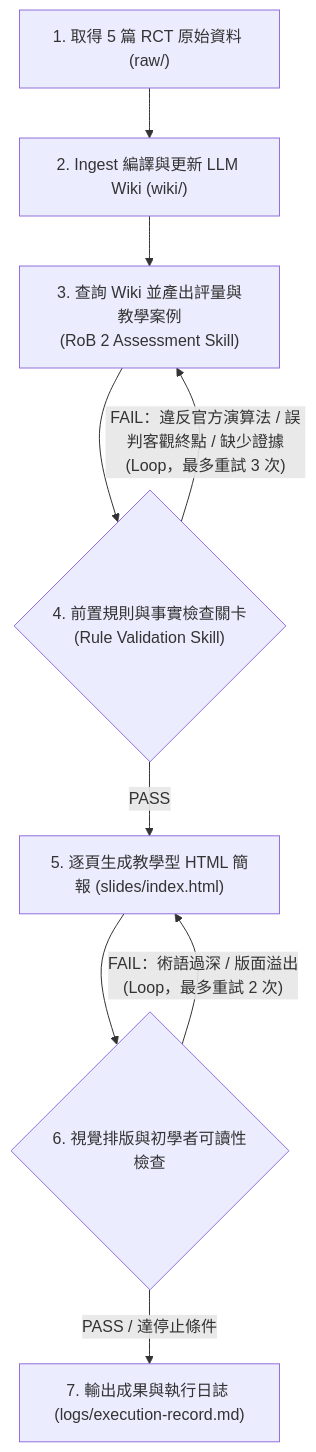
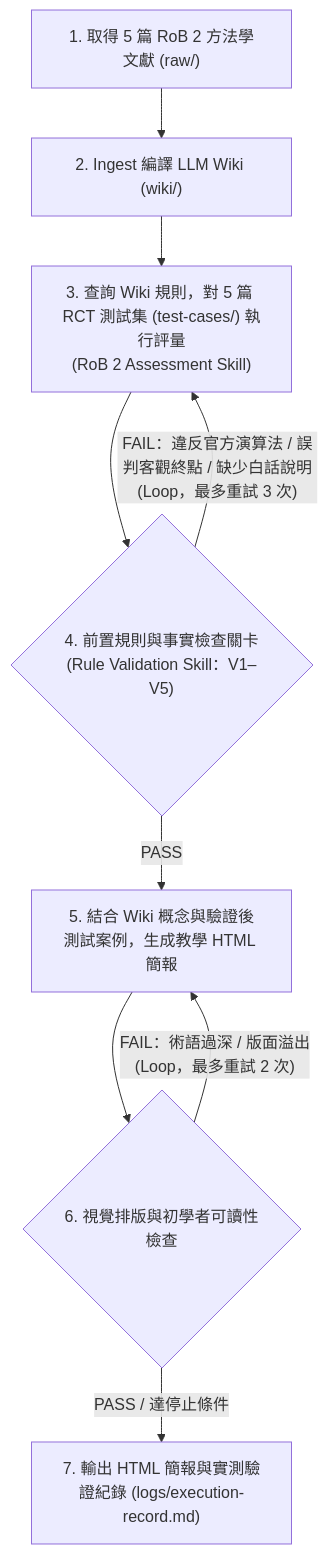
Before and after one commit to fjuhpc00625/rob2-llm-wiki: the diagram in README.md, drawn with Mermaid. The commit also changed other lines of this file and 31 other files, not shown here.

Commit message:
refactor: separate RoB 2 methodology wiki sources (raw/) from 5 RCT test cases (test-cases/)

````diff
--- a/README.md
+++ b/README.md
@@ -29,11 +36,11 @@
 ```mermaid
 flowchart TD
-    A["1. 取得 5 篇 RCT 原始資料 (raw/)"] --> B["2. Ingest 編譯與更新 LLM Wiki (wiki/)"]
-    B --> C["3. 查詢 Wiki 並產出評量與教學案例<br/>(RoB 2 Assessment Skill)"]
-    C --> D{"4. 前置規則與事實檢查關卡<br/>(Rule Validation Skill)"}
-    D -- "FAIL：違反官方演算法 / 誤判客觀終點 / 缺少證據<br/>(Loop，最多重試 3 次)" --> C
-    D -- "PASS" --> E["5. 逐頁生成教學型 HTML 簡報 (slides/index.html)"]
+    A["1. 取得 5 篇 RoB 2 方法學文獻 (raw/)"] --> B["2. Ingest 編譯 LLM Wiki (wiki/)"]
+    B --> C["3. 查詢 Wiki 規則，對 5 篇 RCT 測試集 (test-cases/) 執行評量<br/>(RoB 2 Assessment Skill)"]
+    C --> D{"4. 前置規則與事實檢查關卡<br/>(Rule Validation Skill：V1–V5)"}
+    D -- "FAIL：違反官方演算法 / 誤判客觀終點 / 缺少白話說明<br/>(Loop，最多重試 3 次)" --> C
+    D -- "PASS" --> E["5. 結合 Wiki 概念與驗證後測試案例，生成教學 HTML 簡報"]
     E --> F{"6. 視覺排版與初學者可讀性檢查"}
     F -- "FAIL：術語過深 / 版面溢出<br/>(Loop，最多重試 2 次)" --> E
-    F -- "PASS / 達停止條件" --> G["7. 輸出成果與執行日誌 (logs/execution-record.md)"]
+    F -- "PASS / 達停止條件" --> G["7. 輸出 HTML 簡報與實測驗證紀錄 (logs/execution-record.md)"]
 ```
````
